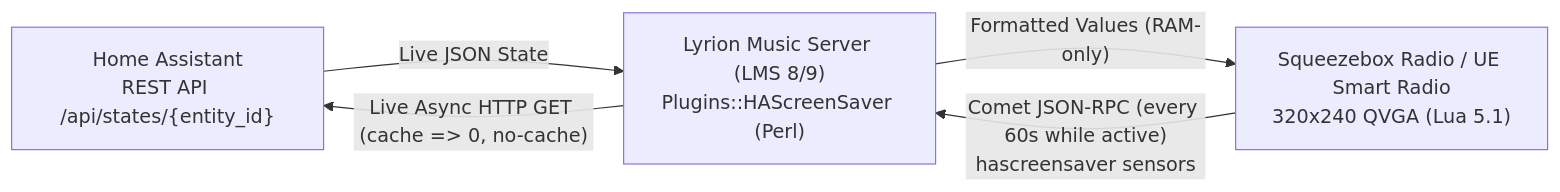
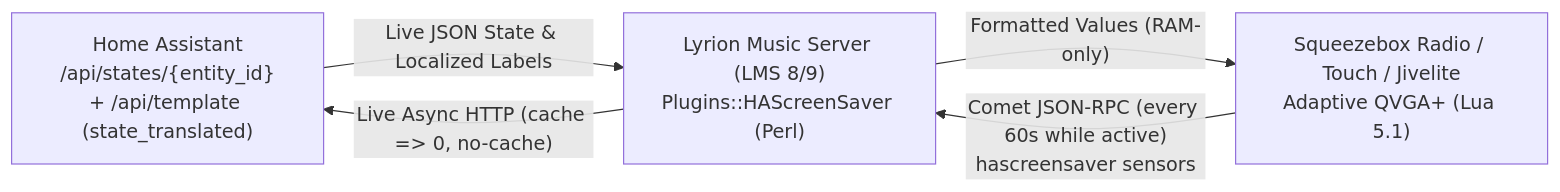
Before and after one commit to Nornode/lms-ha-screensaver: the diagram in README.md, drawn with Mermaid. The commit also changed other lines of this file and 1 other file, not shown here.

Commit message:
Docs: Add 4-sensor screenshot with localized binary sensors to README

````diff
--- a/README.md
+++ b/README.md
@@ -40,11 +49,11 @@
 ```mermaid
 flowchart LR
-    HA["Home Assistant<br/>REST API /api/states/{entity_id}"]
+    HA["Home Assistant<br/>/api/states/{entity_id}<br/>+ /api/template (state_translated)"]
     LMS["Lyrion Music Server (LMS 8/9)<br/>Plugins::HAScreenSaver (Perl)"]
-    Radio["Squeezebox Radio / UE Smart Radio<br/>320x240 QVGA (Lua 5.1)"]
+    Radio["Squeezebox Radio / Touch / Jivelite<br/>Adaptive QVGA+ (Lua 5.1)"]
 
     Radio -- "Comet JSON-RPC (every 60s while active)<br/>hascreensaver sensors" --> LMS
-    LMS -- "Live Async HTTP GET (cache => 0, no-cache)" --> HA
-    HA -- "Live JSON State" --> LMS
+    LMS -- "Live Async HTTP (cache => 0, no-cache)" --> HA
+    HA -- "Live JSON State & Localized Labels" --> LMS
     LMS -- "Formatted Values (RAM-only)" --> Radio
 ```
````
